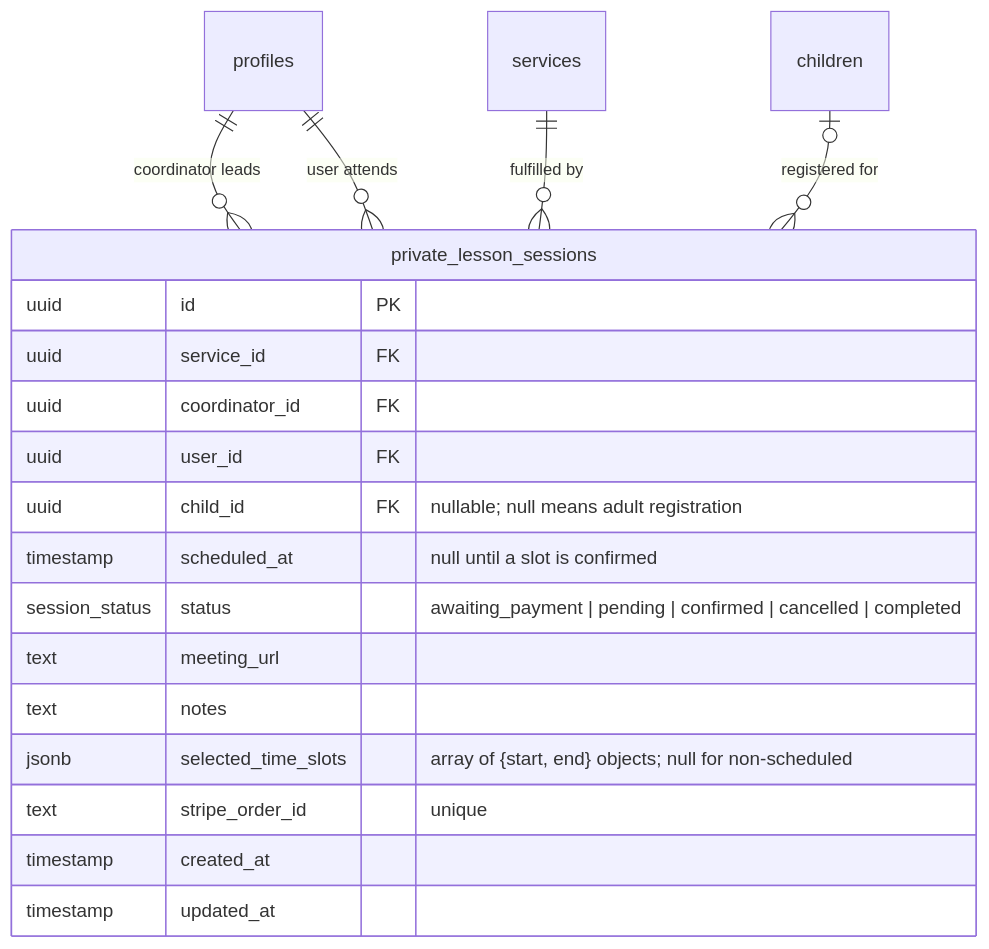
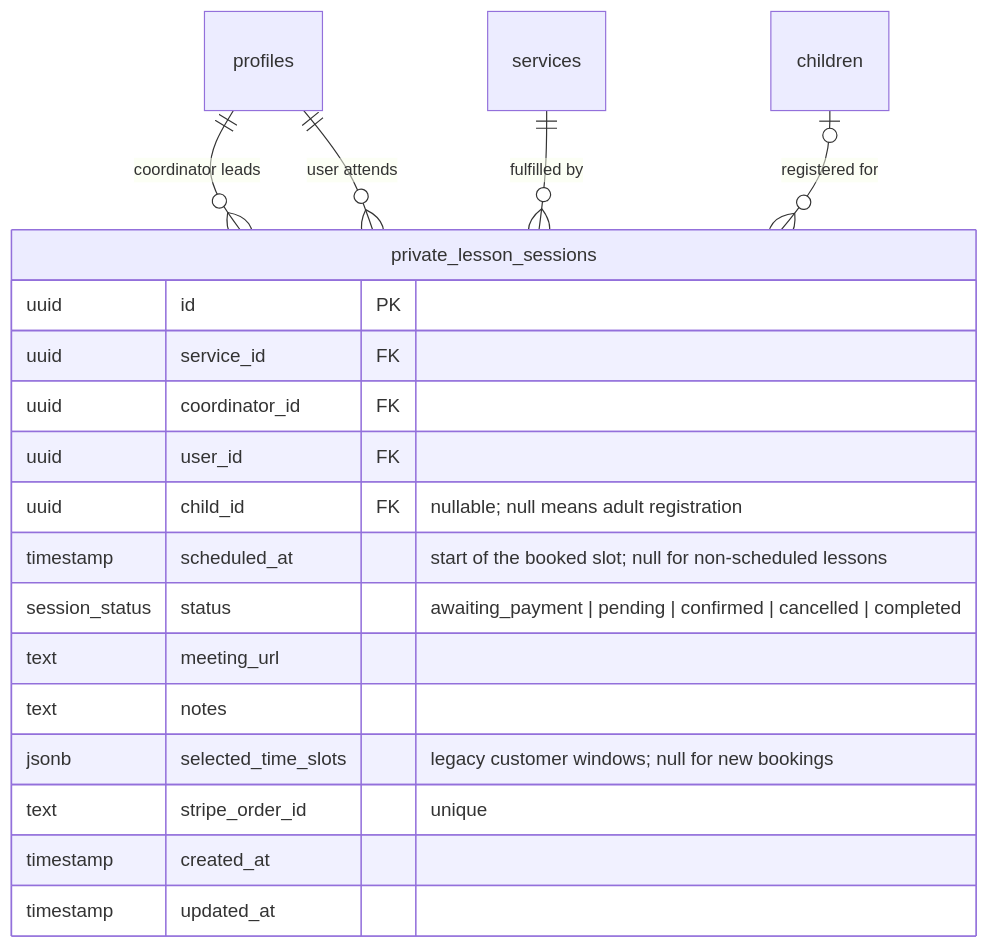
The diagram in docs/private-lessons.md (hack4impact/mcld-project), drawn with Mermaid before and after one commit. The commit also changed other lines of this file and 11 other files, not shown here.

Commit message:
feat(private-lessons): implement booking slots and webhook handling for private lessons

````diff
--- a/docs/private-lessons.md
+++ b/docs/private-lessons.md
@@ -6,23 +6,23 @@
 ```mermaid
 erDiagram
     private_lesson_sessions {
         uuid id PK
         uuid service_id FK
         uuid coordinator_id FK
         uuid user_id FK
         uuid child_id FK "nullable; null means adult registration"
-        timestamp scheduled_at "null until a slot is confirmed"
+        timestamp scheduled_at "start of the booked slot; null for non-scheduled lessons"
         session_status status "awaiting_payment | pending | confirmed | cancelled | completed"
         text meeting_url
         text notes
-        jsonb selected_time_slots "array of {start, end} objects; null for non-scheduled"
+        jsonb selected_time_slots "legacy customer windows; null for new bookings"
         text stripe_order_id "unique"
         timestamp created_at
         timestamp updated_at
     }
 
     profiles ||--o{ private_lesson_sessions : "coordinator leads"
     profiles ||--o{ private_lesson_sessions : "user attends"
     services ||--o{ private_lesson_sessions : "fulfilled by"
     children |o--o{ private_lesson_sessions : "registered for"
 ```
````
